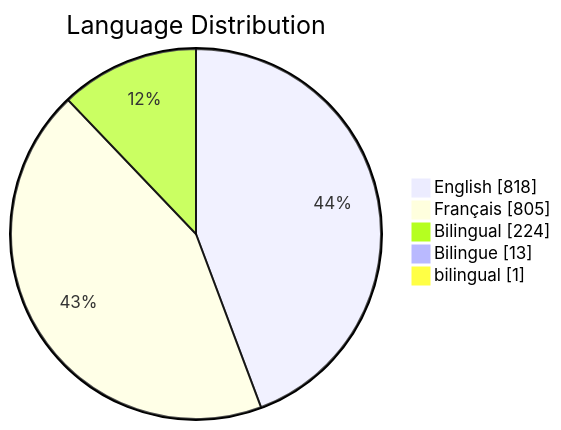
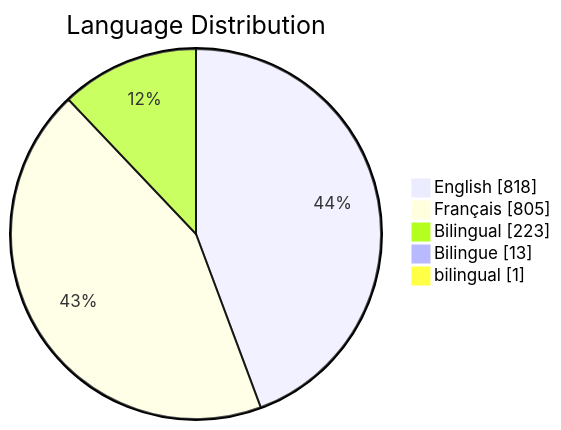
The third of 6 diagrams in README.md (PatLittle/GC-Socials), drawn with Mermaid before and after one commit. The commit also changed other lines of this file, not shown here.

Commit message:
Update README with Platform Distribution pie chart

````diff
--- a/README.md
+++ b/README.md
@@ -84,8 +84,8 @@
 ```mermaid
 pie showData title Language Distribution
     "English": 818
     "Français": 805
-    "Bilingual": 224
+    "Bilingual": 223
     "Bilingue": 13
     "bilingual": 1
 ```
````
